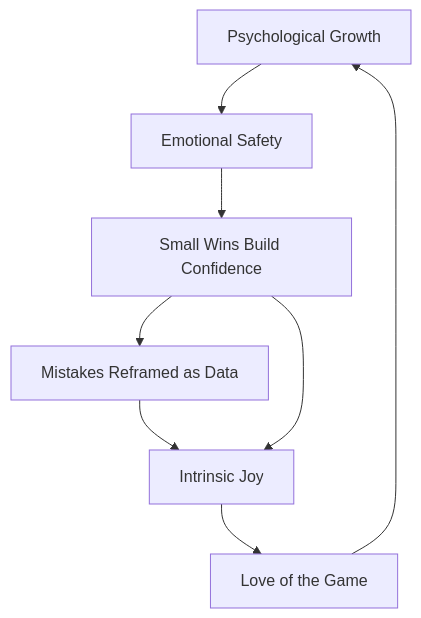
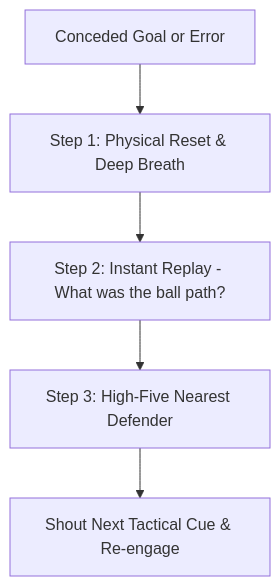
Before and after one commit to charlesjnichols/keeper-academy: the diagram in src/content/docs/ages-6-9/03-young-keepers-mind.mdx, drawn with Mermaid. The commit also changed other lines of this file and 50 other files, not shown here.

````diff
--- a/src/content/docs/ages-6-9/03-young-keepers-mind.mdx
+++ b/src/content/docs/ages-6-9/03-young-keepers-mind.mdx
@@ -20,10 +49,7 @@
 ```mermaid
-flowchart TD
-    C[Psychological Growth] --> C1[Emotional Safety]
-    C1 --> C2[Small Wins Build Confidence]
-    C2 --> C3[Mistakes Reframed as Data]
-    C3 --> C4[Intrinsic Joy]
-    C4 --> A[Love of the Game]
-    C2 --> C4
-    A --> C
+graph TD
+    A[Conceded Goal or Error] --> B[Step 1: Physical Reset & Deep Breath]
+    B --> C[Step 2: Instant Replay - What was the ball path?]
+    C --> D[Step 3: High-Five Nearest Defender]
+    D --> E[Shout Next Tactical Cue & Re-engage]
 ```
````
